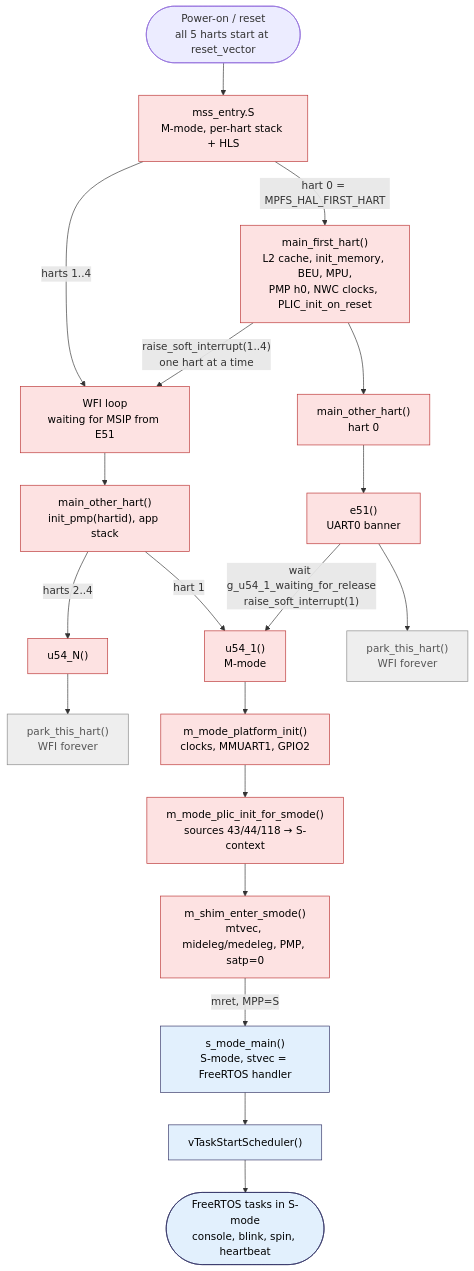
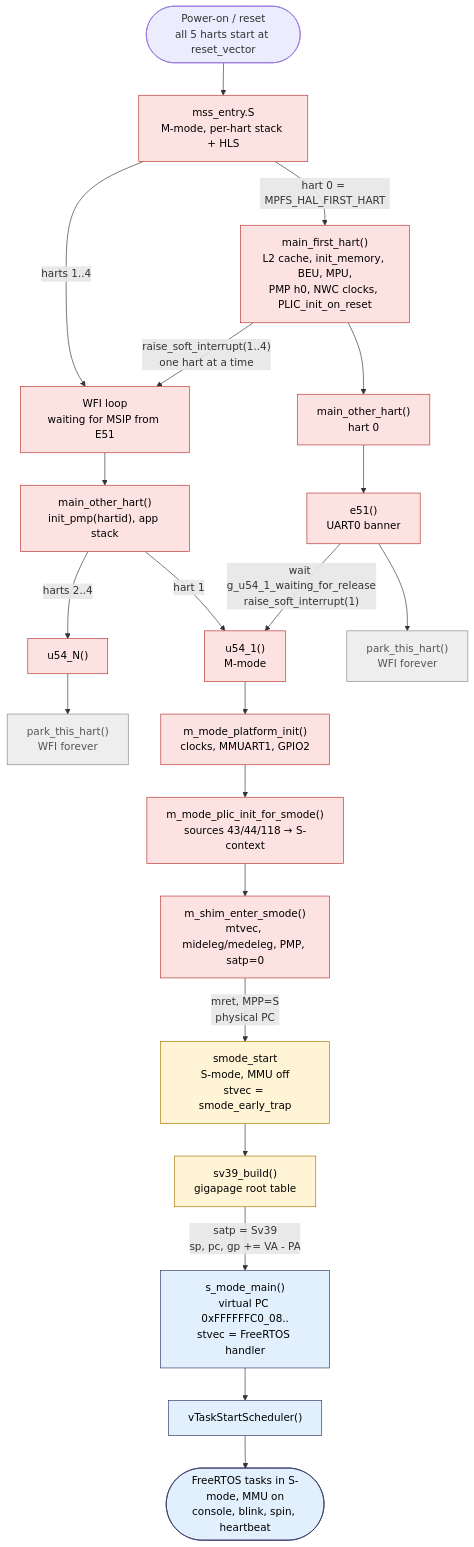
One commit to InuyashaITB/mpfs-freertos-smode changed the first of 12 diagrams in docs/boot-to-smode.md. Above: the diagram before and after it, drawn with Mermaid. The commit also changed other lines of this file, not shown here.

First line of the commit message:
Document the Sv39 bring-up in the boot-flow diagrams

````diff
--- a/docs/boot-to-smode.md
+++ b/docs/boot-to-smode.md
@@ -24,32 +32,36 @@
 ```mermaid
 flowchart TD
     RST(["Power-on / reset<br/>all 5 harts start at reset_vector"]) --> ENTRY["mss_entry.S<br/>M-mode, per-hart stack + HLS"]
 
     ENTRY -->|"hart 0 = MPFS_HAL_FIRST_HART"| MFH["main_first_hart()<br/>L2 cache, init_memory, BEU, MPU,<br/>PMP h0, NWC clocks, PLIC_init_on_reset"]
     ENTRY -->|"harts 1..4"| WFI1["WFI loop<br/>waiting for MSIP from E51"]
 
     MFH -->|"raise_soft_interrupt(1..4)<br/>one hart at a time"| WFI1
     WFI1 --> MOH["main_other_hart()<br/>init_pmp(hartid), app stack"]
     MFH --> MOH0["main_other_hart()<br/>hart 0"]
 
     MOH0 --> E51["e51()<br/>UART0 banner"]
     MOH -->|"hart 1"| U541["u54_1()<br/>M-mode"]
     MOH -->|"harts 2..4"| U54N["u54_N()"] --> PARK2["park_this_hart()<br/>WFI forever"]
 
     E51 -->|"wait g_u54_1_waiting_for_release<br/>raise_soft_interrupt(1)"| U541
     E51 --> PARK0["park_this_hart()<br/>WFI forever"]
 
     U541 --> PLAT["m_mode_platform_init()<br/>clocks, MMUART1, GPIO2"]
     PLAT --> PLIC["m_mode_plic_init_for_smode()<br/>sources 43/44/118 → S-context"]
     PLIC --> SHIM["m_shim_enter_smode()<br/>mtvec, mideleg/medeleg, PMP, satp=0"]
-    SHIM -->|"mret, MPP=S"| SMAIN["s_mode_main()<br/>S-mode, stvec = FreeRTOS handler"]
+    SHIM -->|"mret, MPP=S<br/>physical PC"| SSTART["smode_start<br/>S-mode, MMU off<br/>stvec = smode_early_trap"]
+    SSTART --> SV39["sv39_build()<br/>gigapage root table"]
+    SV39 -->|"satp = Sv39<br/>sp, pc, gp += VA - PA"| SMAIN["s_mode_main()<br/>virtual PC 0xFFFFFFC0_08..<br/>stvec = FreeRTOS handler"]
     SMAIN --> SCHED["vTaskStartScheduler()"]
-    SCHED --> TASKS(["FreeRTOS tasks in S-mode<br/>console, blink, spin, heartbeat"])
+    SCHED --> TASKS(["FreeRTOS tasks in S-mode, MMU on<br/>console, blink, spin, heartbeat"])
 
     classDef m fill:#fde2e2,stroke:#b33,color:#000
+    classDef sp fill:#fff4d6,stroke:#a70,color:#000
     classDef s fill:#e2f0fd,stroke:#336,color:#000
     classDef park fill:#eee,stroke:#888,color:#555
     class ENTRY,MFH,WFI1,MOH,MOH0,E51,U541,U54N,PLAT,PLIC,SHIM m
+    class SSTART,SV39 sp
     class SMAIN,SCHED,TASKS s
     class PARK0,PARK2 park
 ```
````
